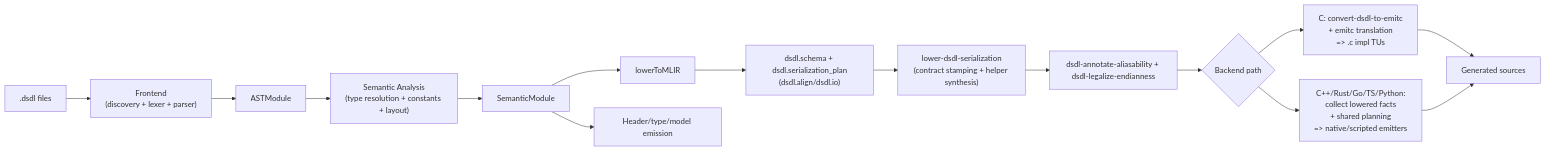
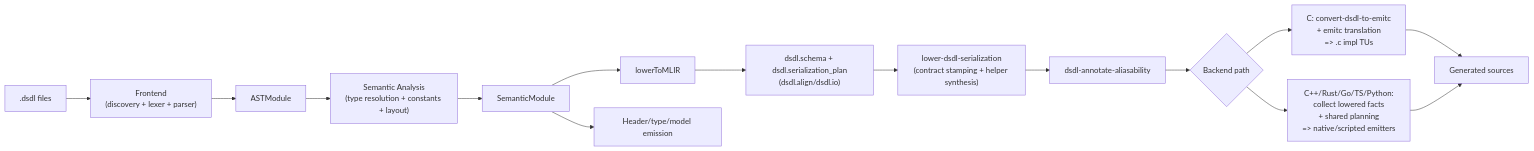
The diagram in DESIGN.md (OpenCyphal-Garage/llvm-dsdl), drawn with Mermaid before and after one commit. The commit also changed other lines of this file and 31 other files, not shown here.

````diff
--- a/DESIGN.md
+++ b/DESIGN.md
@@ -27,17 +25,17 @@
 ```mermaid
 flowchart LR
   A[".dsdl files"] --> B["Frontend\n(discovery + lexer + parser)"]
   B --> C["ASTModule"]
   C --> D["Semantic Analysis\n(type resolution + constants + layout)"]
   D --> E["SemanticModule"]
   E --> F["lowerToMLIR"]
   F --> G["dsdl.schema + dsdl.serialization_plan\n(dsdl.align/dsdl.io)"]
   G --> H["lower-dsdl-serialization\n(contract stamping + helper synthesis)"]
-  H --> I["dsdl-annotate-aliasability + dsdl-legalize-endianness"]
+  H --> I["dsdl-annotate-aliasability"]
   I --> K{"Backend path"}
   K --> J["C: convert-dsdl-to-emitc\n+ emitc translation\n=> .c impl TUs"]
   K --> O["C++/Rust/Go/TS/Python:\ncollect lowered facts\n+ shared planning\n=> native/scripted emitters"]
   E --> L["Header/type/model emission"]
   J --> M["Generated sources"]
   O --> M
 ```
````
